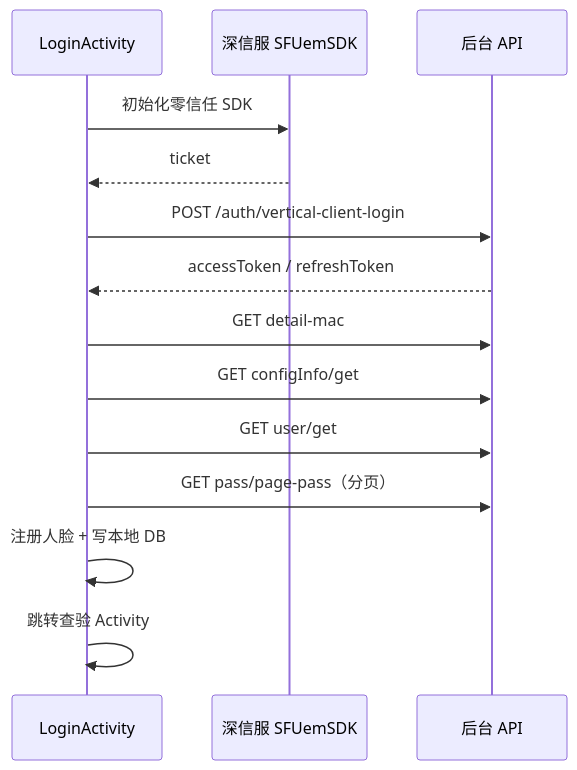
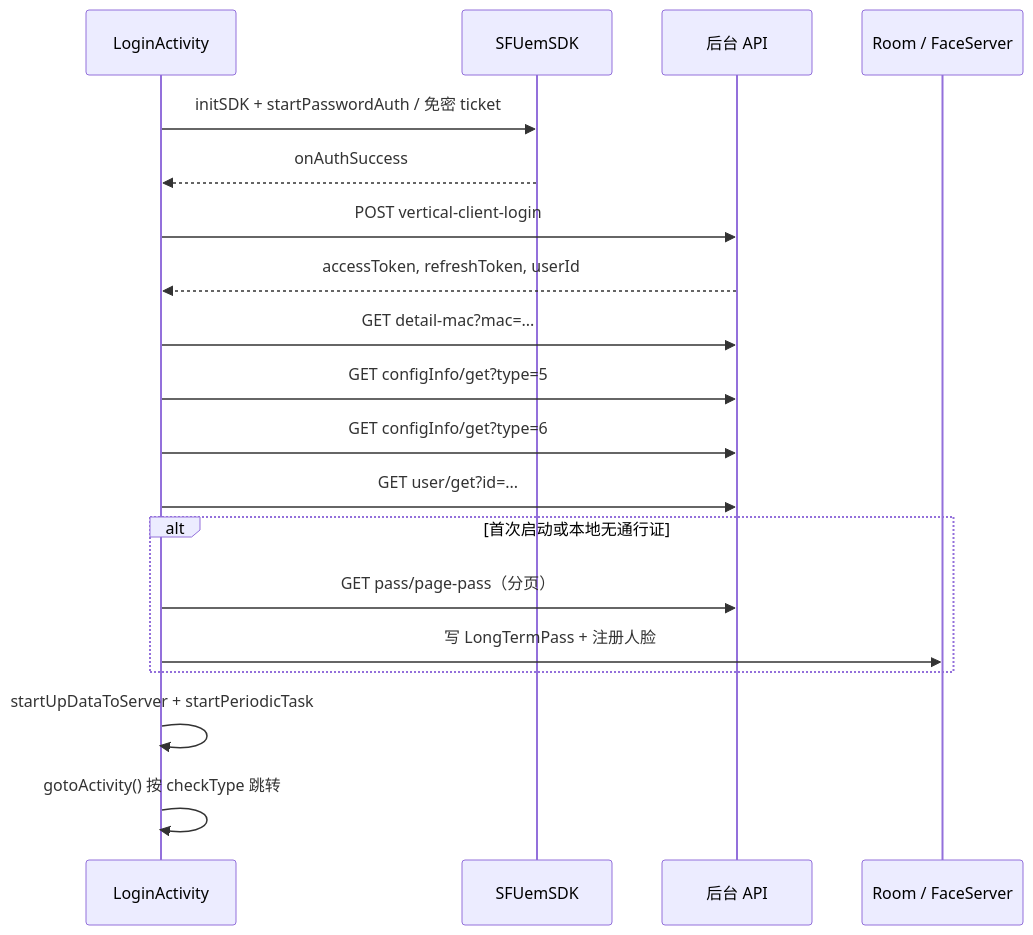
The diagram in doc/04-login-and-auth.md (aniu7532/airport-face), drawn with Mermaid before and after one commit. The commit also changed other lines of this file and 21 other files, not shown here.

Commit message:
细化 doc 模块文档，补充接口参数、SP 键位、流程图与排查手册。

````diff
--- a/doc/04-login-and-auth.md
+++ b/doc/04-login-and-auth.md
@@ -14,17 +15,22 @@
 ```mermaid
 sequenceDiagram
-    participant App as LoginActivity
-    participant VPN as 深信服 SFUemSDK
+    participant UI as LoginActivity
+    participant VPN as SFUemSDK
     participant API as 后台 API
+    participant DB as Room / FaceServer
 
-    App->>VPN: 初始化零信任 SDK
-    VPN-->>App: ticket
-    App->>API: POST /auth/vertical-client-login
-    API-->>App: accessToken / refreshToken
-    App->>API: GET detail-mac
-    App->>API: GET configInfo/get
-    App->>API: GET user/get
-    App->>API: GET pass/page-pass（分页）
-    App->>App: 注册人脸 + 写本地 DB
-    App->>App: 跳转查验 Activity
+    UI->>VPN: initSDK + startPasswordAuth / 免密 ticket
+    VPN-->>UI: onAuthSuccess
+    UI->>API: POST vertical-client-login
+    API-->>UI: accessToken, refreshToken, userId
+    UI->>API: GET detail-mac?mac=...
+    UI->>API: GET configInfo/get?type=5
+    UI->>API: GET configInfo/get?type=6
+    UI->>API: GET user/get?id=...
+    alt 首次启动或本地无通行证
+        UI->>API: GET pass/page-pass（分页）
+        UI->>DB: 写 LongTermPass + 注册人脸
+    end
+    UI->>UI: startUpDataToServer + startPeriodicTask
+    UI->>UI: gotoActivity() 按 checkType 跳转
 ```
````
